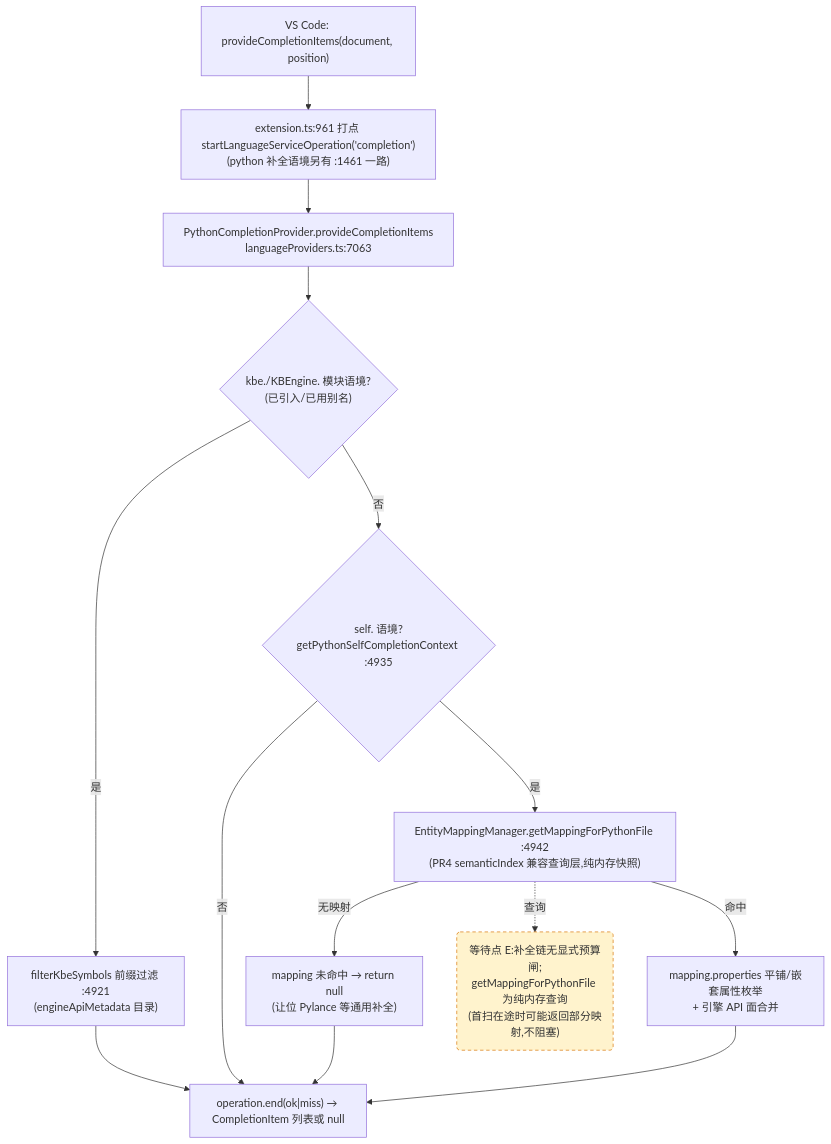
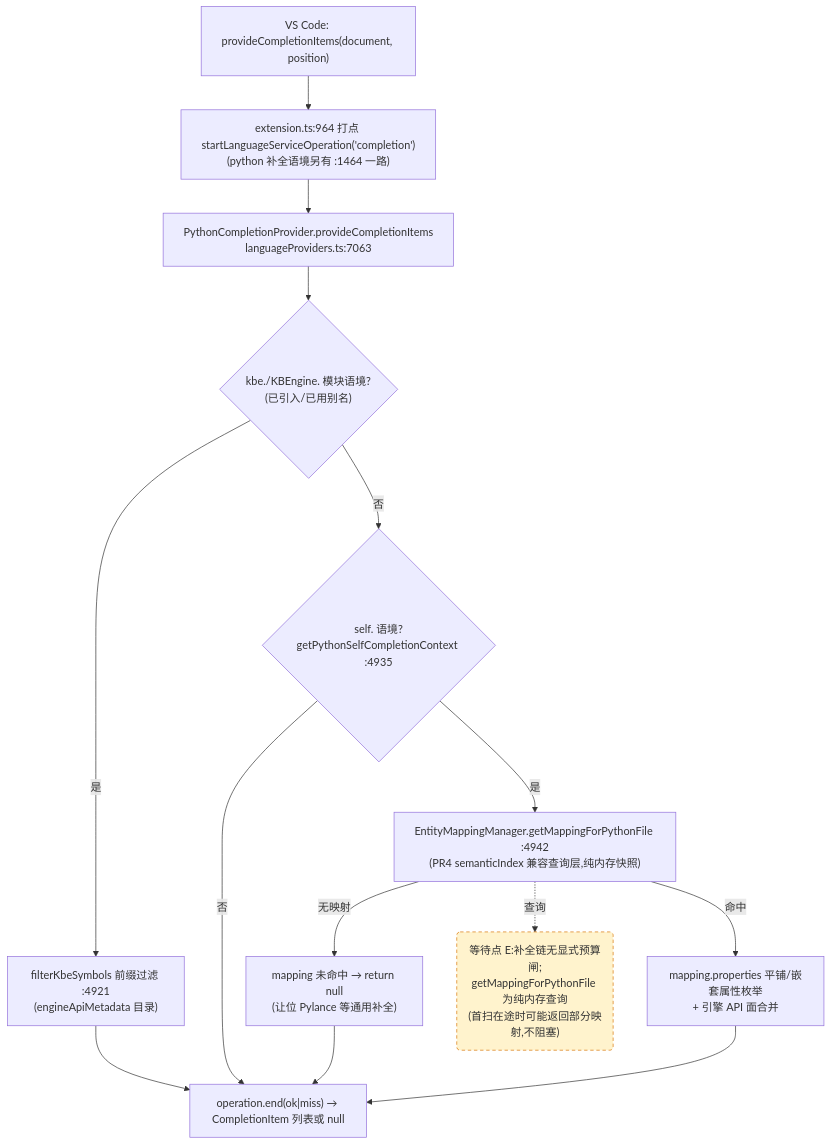
The third of 4 diagrams in docs/perf/2026-baseline.md (cuihairu/kode), drawn with Mermaid before and after one commit. The commit also changed other lines of this file and 6 other files, not shown here.

````diff
--- a/docs/perf/2026-baseline.md
+++ b/docs/perf/2026-baseline.md
@@ -184,27 +184,27 @@
 ```mermaid
 flowchart TD
   VC3["VS Code: provideCompletionItems(document, position)"]
-  M3["extension.ts:961 打点 startLanguageServiceOperation('completion')<br/>(python 补全语境另有 :1461 一路)"]
+  M3["extension.ts:964 打点 startLanguageServiceOperation('completion')<br/>(python 补全语境另有 :1464 一路)"]
   CP["PythonCompletionProvider.provideCompletionItems<br/>languageProviders.ts:7063"]
   KBEC{"kbe./KBEngine. 模块语境?<br/>(已引入/已用别名)"}
   FILTER["filterKbeSymbols 前缀过滤 :4921<br/>(engineApiMetadata 目录)"]
   SELFC{"self. 语境?<br/>getPythonSelfCompletionContext :4935"}
   MAP["EntityMappingManager.getMappingForPythonFile :4942<br/>(PR4 semanticIndex 兼容查询层,纯内存快照)"]
   NOMAP["mapping 未命中 → return null<br/>(让位 Pylance 等通用补全)"]
   PROPS["mapping.properties 平铺/嵌套属性枚举<br/>+ 引擎 API 面合并"]
   END3["operation.end(ok|miss) → CompletionItem 列表或 null"]
 
   VC3 --> M3 --> CP --> KBEC
   KBEC -- "是" --> FILTER --> END3
   KBEC -- "否" --> SELFC
   SELFC -- "否" --> END3
   SELFC -- "是" --> MAP
   MAP -- "无映射" --> NOMAP --> END3
   MAP -- "命中" --> PROPS --> END3
 
   WAITE("等待点 E:补全链无显式预算闸;<br/>getMappingForPythonFile 为纯内存查询<br/>(首扫在途时可能返回部分映射,不阻塞)")
   MAP -.->|查询| WAITE
 
   classDef waitPoint fill:#fff3cd,stroke:#d97706,stroke-dasharray:5 4;
   class WAITE waitPoint;
 ```
````
